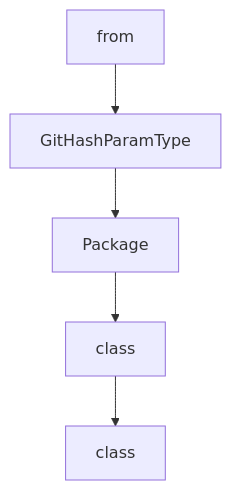
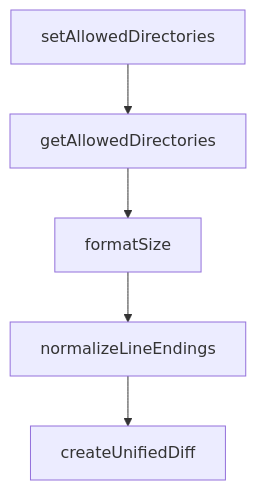
Before and after one commit to johnxie/awesome-code-docs: the diagram in tutorials/mcp-servers-tutorial/01-getting-started.md, drawn with Mermaid. The commit also changed other lines of this file and 1232 other files, not shown here.

````diff
--- a/tutorials/mcp-servers-tutorial/01-getting-started.md
+++ b/tutorials/mcp-servers-tutorial/01-getting-started.md
@@ -288,12 +286,12 @@
 ```mermaid
 flowchart TD
-    A[from]
-    B[GitHashParamType]
-    C[Package]
-    D[class]
-    E[class]
+    A[setAllowedDirectories]
+    B[getAllowedDirectories]
+    C[formatSize]
+    D[normalizeLineEndings]
+    E[createUnifiedDiff]
     A --> B
     B --> C
     C --> D
     D --> E
 ```
````
